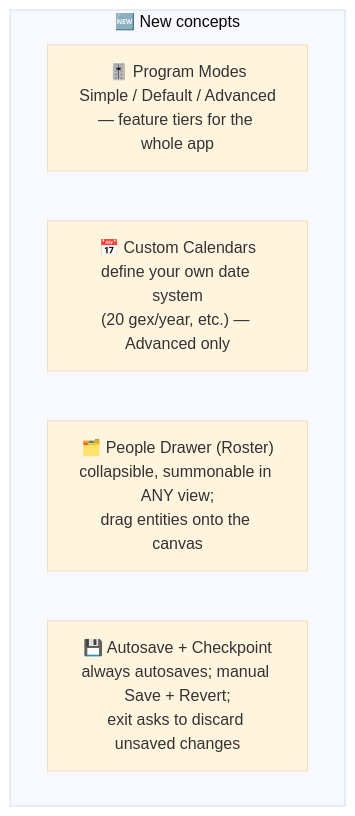
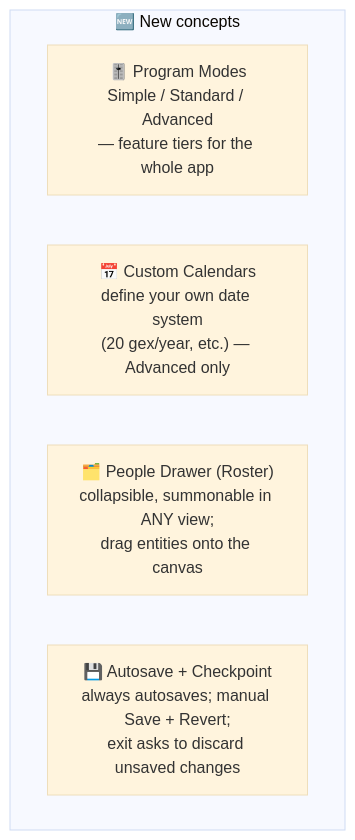
One commit to TommyChan6/ModernFamilyTree changed the second of 16 diagrams in docs/temp-client-structure.md. Above: the diagram before and after it, drawn with Mermaid (base theme). The commit also changed other lines of this file, not shown here.

````diff
--- a/docs/temp-client-structure.md
+++ b/docs/temp-client-structure.md
@@ -52,9 +54,9 @@
 ```mermaid
 flowchart TB
     subgraph NEW["🆕 New concepts"]
-        M["🎚️ Program Modes<br/>Simple / Default / Advanced<br/>— feature tiers for the whole app"]
+        M["🎚️ Program Modes<br/>Simple / Standard / Advanced<br/>— feature tiers for the whole app"]
         C["📅 Custom Calendars<br/>define your own date system<br/>(20 gex/year, etc.) — Advanced only"]
         D["🗂️ People Drawer (Roster)<br/>collapsible, summonable in ANY view;<br/>drag entities onto the canvas"]
         S["💾 Autosave + Checkpoint<br/>always autosaves; manual Save + Revert;<br/>exit asks to discard unsaved changes"]
     end
 ```
````
